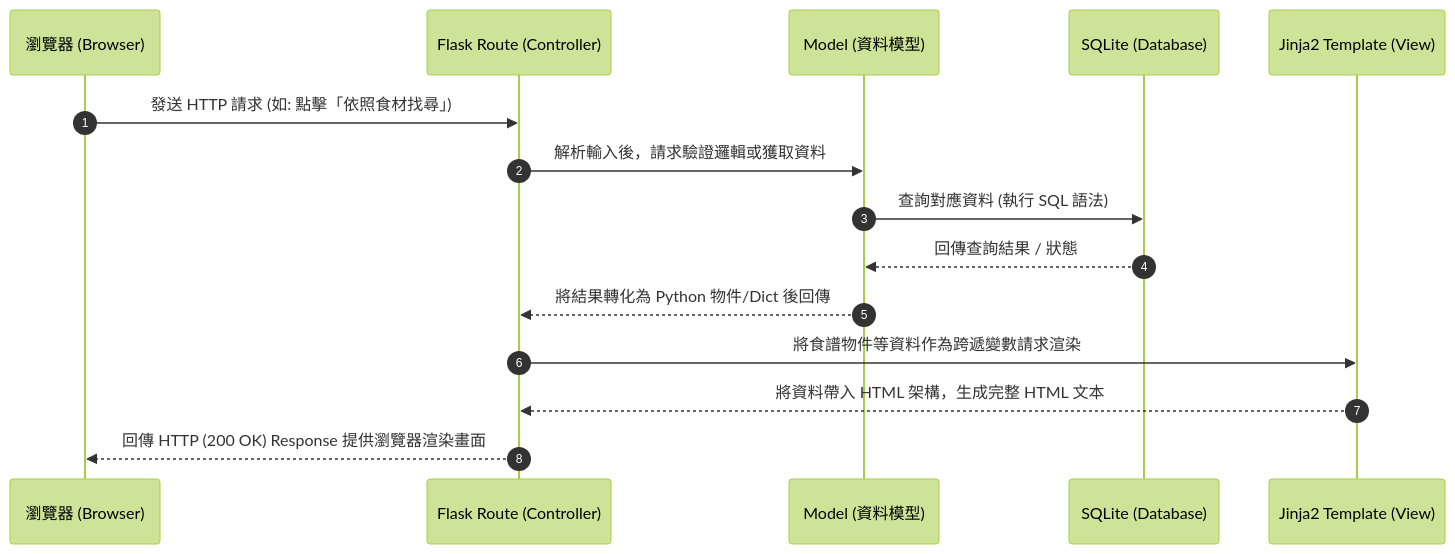
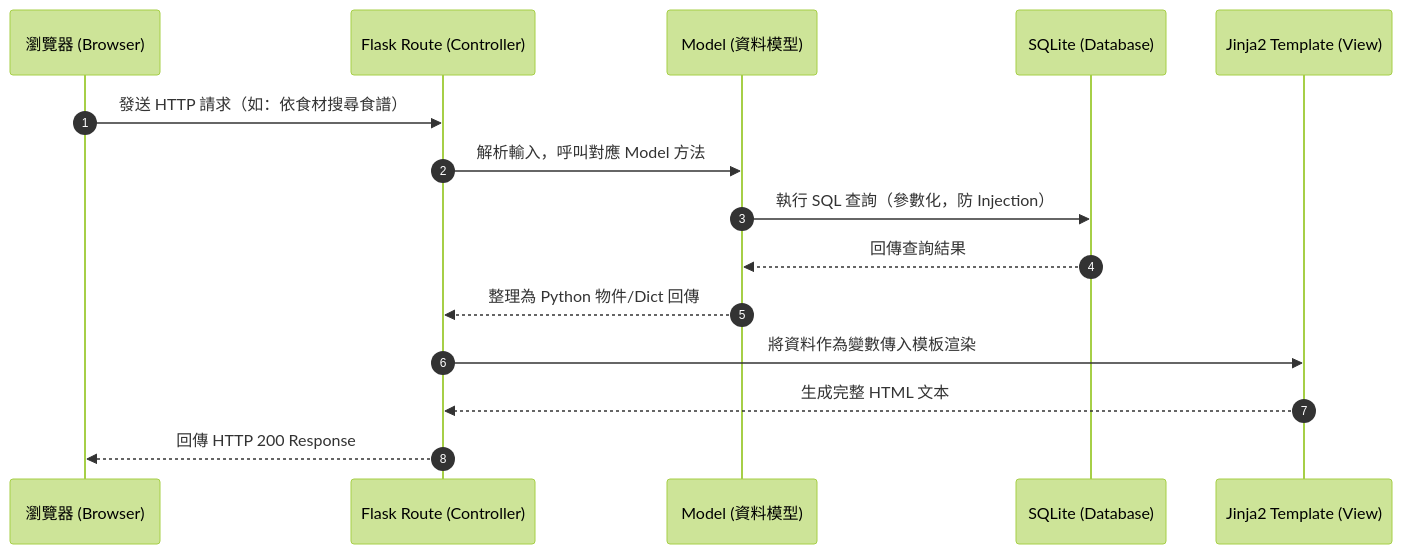
Before and after one commit to d1420235o365/web_app_development: the first of 2 diagrams in docs/ARCHITECTURE.md, drawn with Mermaid (forest theme). The commit also changed other lines of this file, not shown here.

Commit message:
docs: add system architecture

````diff
--- a/docs/ARCHITECTURE.md
+++ b/docs/ARCHITECTURE.md
@@ -58,18 +110,18 @@
 ```mermaid
 sequenceDiagram
     autonumber
     participant Browser as 瀏覽器 (Browser)
     participant Route as Flask Route (Controller)
     participant Model as Model (資料模型)
     participant DB as SQLite (Database)
     participant Jinja2 as Jinja2 Template (View)
 
-    Browser->>Route: 發送 HTTP 請求 (如: 點擊「依照食材找尋」)
-    Route->>Model: 解析輸入後，請求驗證邏輯或獲取資料
-    Model->>DB: 查詢對應資料 (執行 SQL 語法)
-    DB-->>Model: 回傳查詢結果 / 狀態
-    Model-->>Route: 將結果轉化為 Python 物件/Dict 後回傳
-    Route->>Jinja2: 將食譜物件等資料作為跨遞變數請求渲染
-    Jinja2-->>Route: 將資料帶入 HTML 架構，生成完整 HTML 文本
-    Route-->>Browser: 回傳 HTTP (200 OK) Response 提供瀏覽器渲染畫面
+    Browser->>Route: 發送 HTTP 請求（如：依食材搜尋食譜）
+    Route->>Model: 解析輸入，呼叫對應 Model 方法
+    Model->>DB: 執行 SQL 查詢（參數化，防 Injection）
+    DB-->>Model: 回傳查詢結果
+    Model-->>Route: 整理為 Python 物件/Dict 回傳
+    Route->>Jinja2: 將資料作為變數傳入模板渲染
+    Jinja2-->>Route: 生成完整 HTML 文本
+    Route-->>Browser: 回傳 HTTP 200 Response
 ```
````
